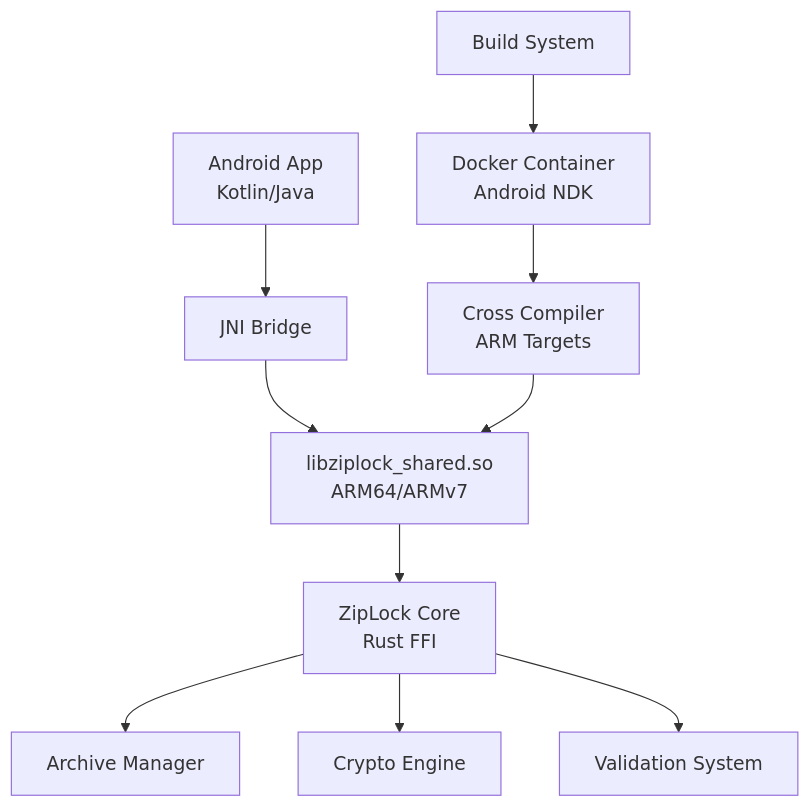
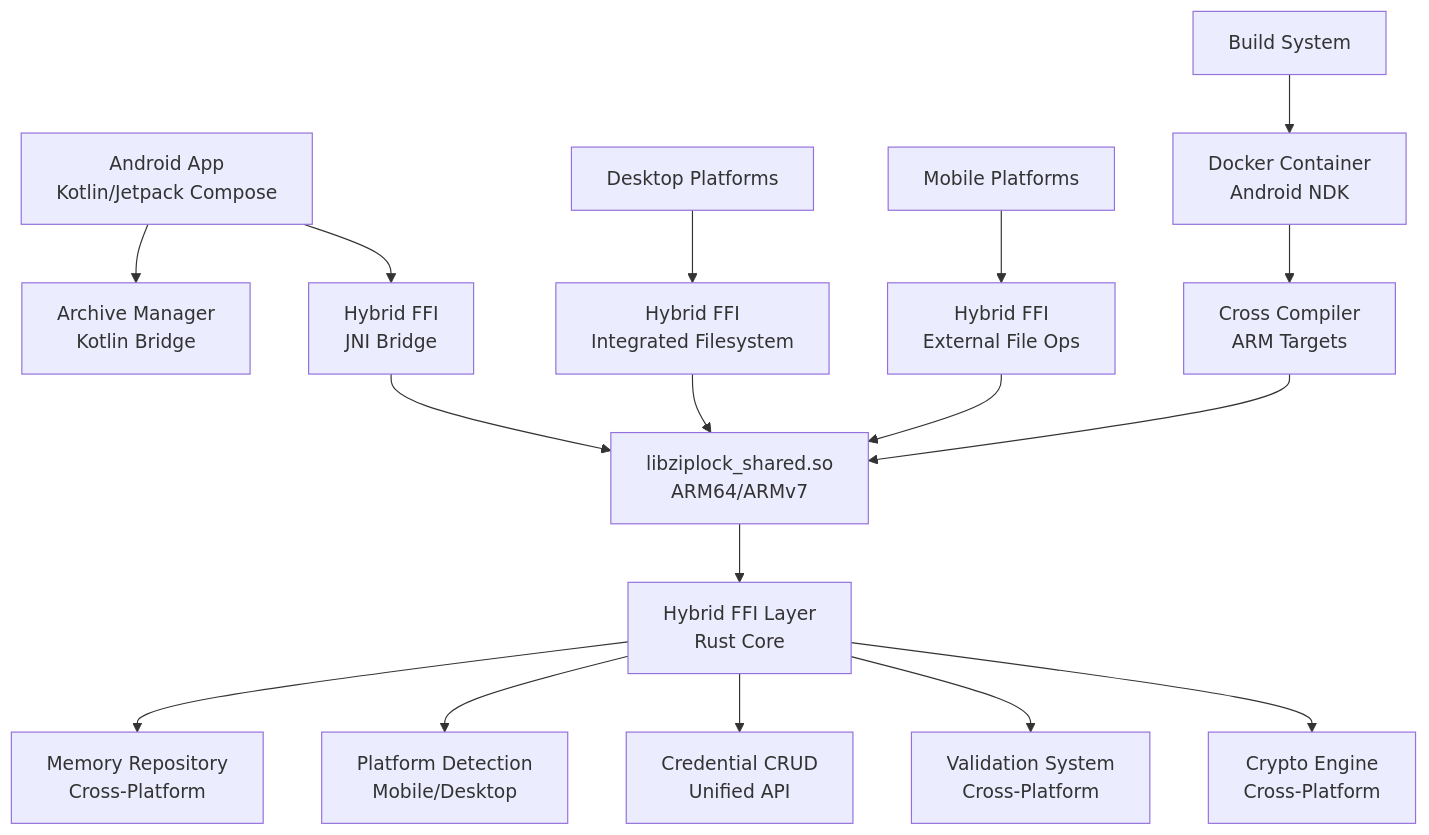
One commit to ejangi/ziplock changed the diagram in docs/technical/android.md. Above: the diagram before and after it, drawn with Mermaid. The commit also changed other lines of this file and 111 other files, not shown here.

````diff
--- a/docs/technical/android.md
+++ b/docs/technical/android.md
@@ -43,13 +51,21 @@
 ```mermaid
 graph TD
-    A[Android App<br/>Kotlin/Java] --> B[JNI Bridge]
-    B --> C[libziplock_shared.so<br/>ARM64/ARMv7]
-    C --> D[ZipLock Core<br/>Rust FFI]
-    D --> E[Archive Manager]
-    D --> F[Crypto Engine]
-    D --> G[Validation System]
-    
-    H[Build System] --> I[Docker Container<br/>Android NDK]
-    I --> J[Cross Compiler<br/>ARM Targets]
-    J --> C
+    A[Android App<br/>Kotlin/Jetpack Compose] --> B[Archive Manager<br/>Kotlin Bridge]
+    A --> C[Hybrid FFI<br/>JNI Bridge]
+    C --> D[libziplock_shared.so<br/>ARM64/ARMv7]
+    D --> E[Hybrid FFI Layer<br/>Rust Core]
+    E --> F[Memory Repository<br/>Cross-Platform]
+    E --> G[Platform Detection<br/>Mobile/Desktop]
+    E --> H[Credential CRUD<br/>Unified API]
+    E --> I[Validation System<br/>Cross-Platform]
+    E --> J[Crypto Engine<br/>Cross-Platform]
+
+    K[Desktop Platforms] --> L[Hybrid FFI<br/>Integrated Filesystem]
+    L --> D
+    M[Mobile Platforms] --> N[Hybrid FFI<br/>External File Ops]
+    N --> D
+
+    O[Build System] --> P[Docker Container<br/>Android NDK]
+    P --> Q[Cross Compiler<br/>ARM Targets]
+    Q --> D
 ```
````
